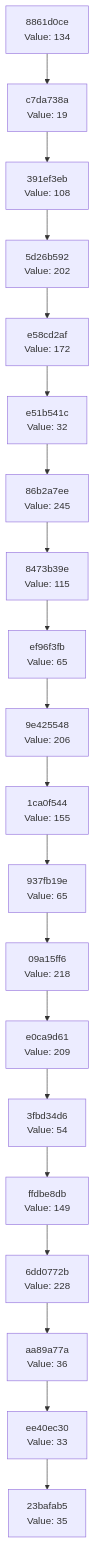
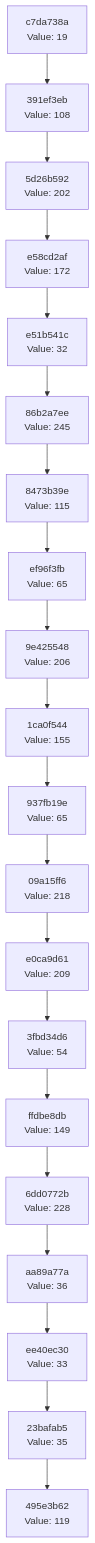
Before and after one commit to Abhisheksinha1506/hash-chain-evolver: the diagram in docs/CHAIN_VISUALIZATION.md, drawn with Mermaid. The commit also changed 2 other files, not shown here.

Commit message:
Evolution step: hash 0x77 → action executed

````diff
--- a/docs/CHAIN_VISUALIZATION.md
+++ b/docs/CHAIN_VISUALIZATION.md
@@ -3,42 +3,42 @@
 ```mermaid
 graph TD
-    C0["23bafab5<br/>Value: 35"]
-    C1["ee40ec30<br/>Value: 33"]
+    C0["495e3b62<br/>Value: 119"]
+    C1["23bafab5<br/>Value: 35"]
     C1 --> C0
-    C2["aa89a77a<br/>Value: 36"]
+    C2["ee40ec30<br/>Value: 33"]
     C2 --> C1
-    C3["6dd0772b<br/>Value: 228"]
+    C3["aa89a77a<br/>Value: 36"]
     C3 --> C2
-    C4["ffdbe8db<br/>Value: 149"]
+    C4["6dd0772b<br/>Value: 228"]
     C4 --> C3
-    C5["3fbd34d6<br/>Value: 54"]
+    C5["ffdbe8db<br/>Value: 149"]
     C5 --> C4
-    C6["e0ca9d61<br/>Value: 209"]
+    C6["3fbd34d6<br/>Value: 54"]
     C6 --> C5
-    C7["09a15ff6<br/>Value: 218"]
+    C7["e0ca9d61<br/>Value: 209"]
     C7 --> C6
-    C8["937fb19e<br/>Value: 65"]
+    C8["09a15ff6<br/>Value: 218"]
     C8 --> C7
-    C9["1ca0f544<br/>Value: 155"]
+    C9["937fb19e<br/>Value: 65"]
     C9 --> C8
-    C10["9e425548<br/>Value: 206"]
+    C10["1ca0f544<br/>Value: 155"]
     C10 --> C9
-    C11["ef96f3fb<br/>Value: 65"]
+    C11["9e425548<br/>Value: 206"]
     C11 --> C10
-    C12["8473b39e<br/>Value: 115"]
+    C12["ef96f3fb<br/>Value: 65"]
     C12 --> C11
-    C13["86b2a7ee<br/>Value: 245"]
+    C13["8473b39e<br/>Value: 115"]
     C13 --> C12
-    C14["e51b541c<br/>Value: 32"]
+    C14["86b2a7ee<br/>Value: 245"]
     C14 --> C13
-    C15["e58cd2af<br/>Value: 172"]
+    C15["e51b541c<br/>Value: 32"]
     C15 --> C14
-    C16["5d26b592<br/>Value: 202"]
+    C16["e58cd2af<br/>Value: 172"]
     C16 --> C15
-    C17["391ef3eb<br/>Value: 108"]
+    C17["5d26b592<br/>Value: 202"]
     C17 --> C16
-    C18["c7da738a<br/>Value: 19"]
+    C18["391ef3eb<br/>Value: 108"]
     C18 --> C17
-    C19["8861d0ce<br/>Value: 134"]
+    C19["c7da738a<br/>Value: 19"]
     C19 --> C18
 ```
````
